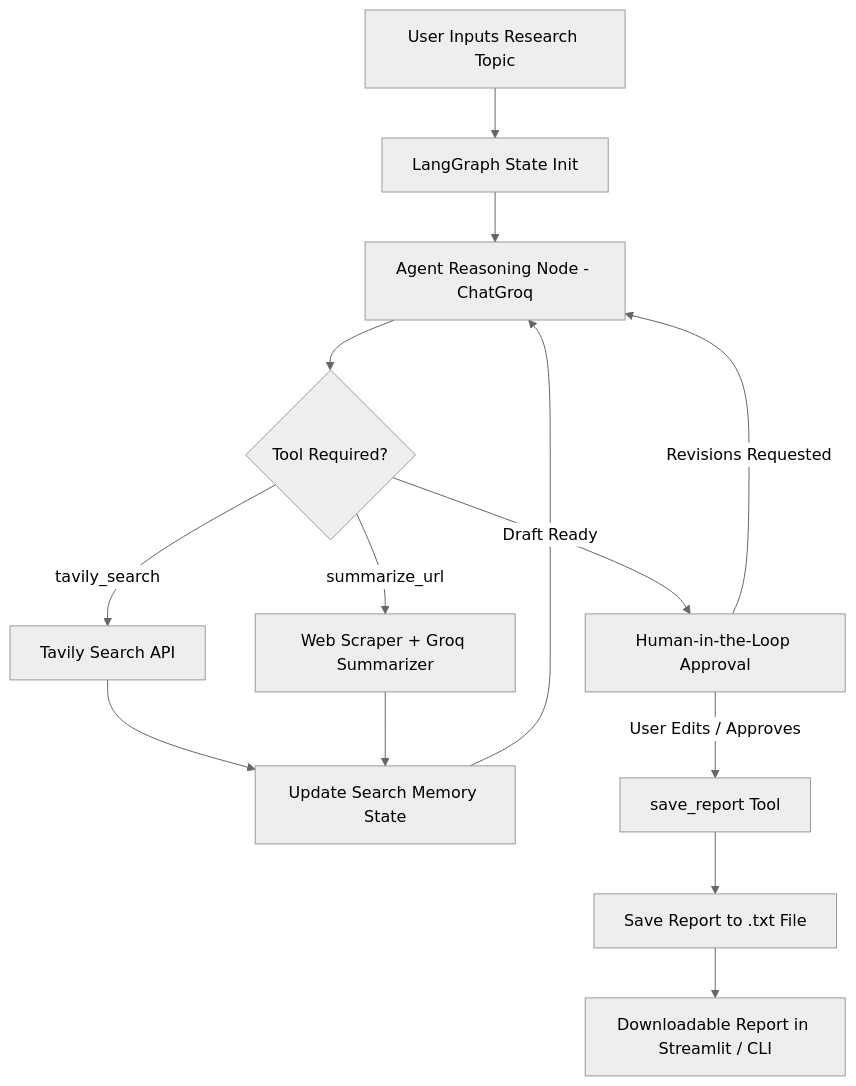
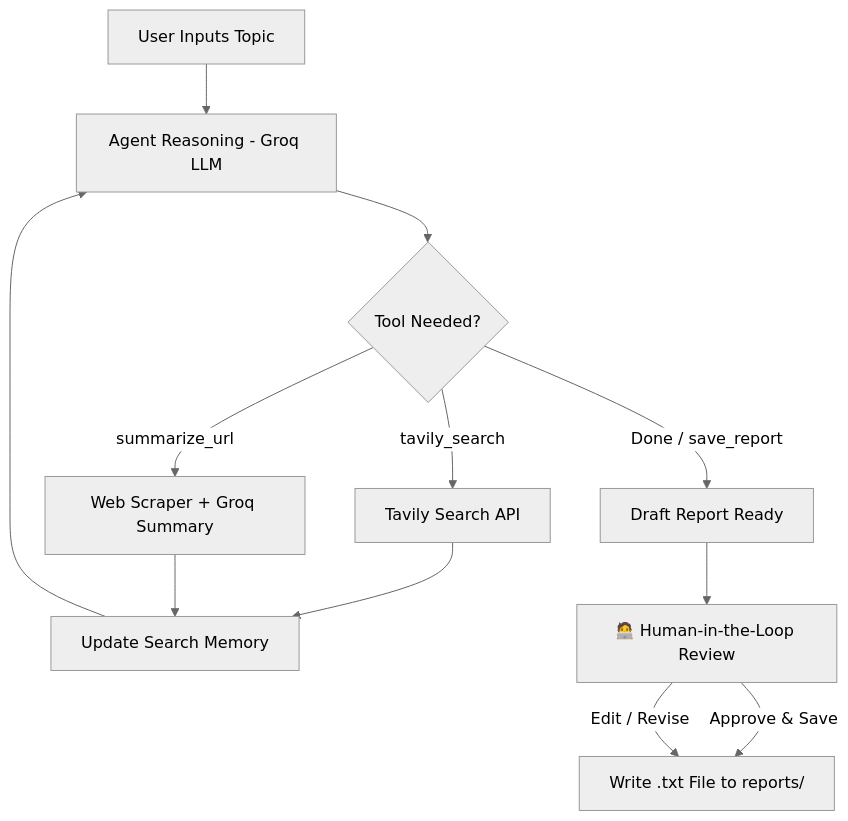
One commit to ayushjangir/ai-research-agent changed the diagram in README.md. Above: the diagram before and after it, drawn with Mermaid (neutral theme). The commit also changed other lines of this file, not shown here.

First line of the commit message:
Revise README for clarity and updates

````diff
--- a/README.md
+++ b/README.md
@@ -30,22 +11,17 @@
 ```mermaid
 graph TD
-    A[User Inputs Research Topic] --> B[LangGraph State Init]
-    B --> C[Agent Reasoning Node - ChatGroq]
+    A[User Inputs Topic] --> B[Agent Reasoning - Groq LLM]
+    B --> C{Tool Needed?}
+
+    C -- "tavily_search" --> D[Tavily Search API]
+    C -- "summarize_url" --> E[Web Scraper + Groq Summary]
     
-    C --> D{Tool Required?}
-    
-    D -- "tavily_search" --> E[Tavily Search API]
-    D -- "summarize_url" --> F[Web Scraper + Groq Summarizer]
-    
-    E --> G[Update Search Memory State]
-    F --> G
-    G --> C
-    
-    D -- "Draft Ready" --> H[Human-in-the-Loop Approval]
-    
-    H -- "User Edits / Approves" --> I[save_report Tool]
-    H -- "Revisions Requested" --> C
-    
-    I --> J[Save Report to .txt File]
-    J --> K[Downloadable Report in Streamlit / CLI]
+    D --> F[Update Search Memory]
+    E --> F
+    F --> B
+
+    C -- "Done / save_report" --> G[Draft Report Ready]
+    G --> H[🧑‍💻 Human-in-the-Loop Review]
+    H -- "Approve & Save" --> I[Write .txt File to reports/]
+    H -- "Edit / Revise" --> I
 ```
````
